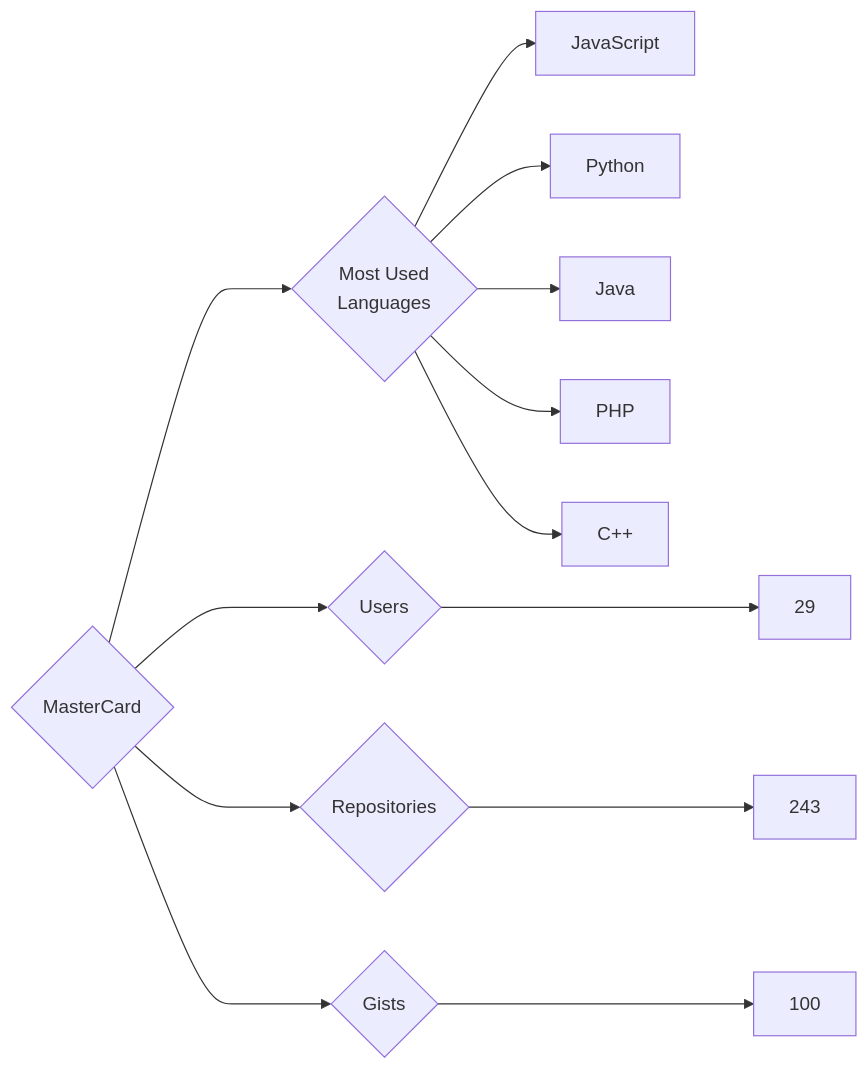
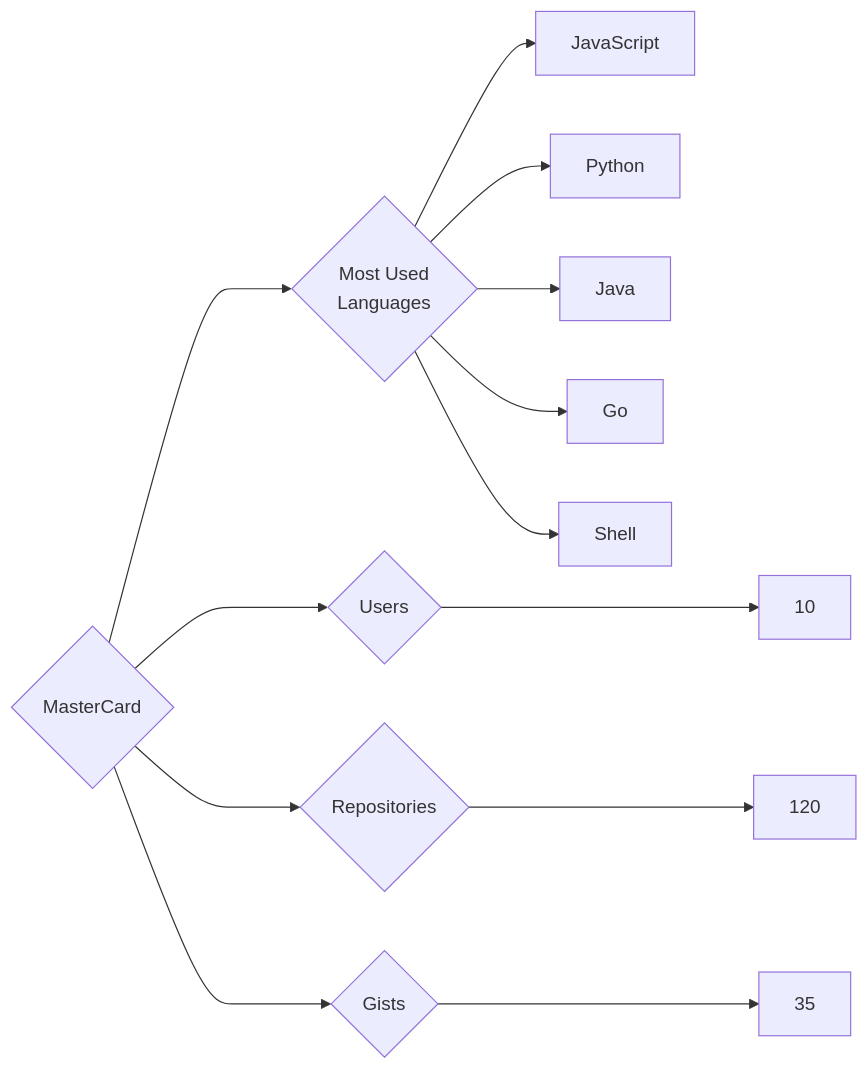
Before and after one commit to trickest/insiders: the diagram in targets/MasterCard/README.md, drawn with Mermaid. The commit also changed 972 other files, not shown here.

````diff
--- a/targets/MasterCard/README.md
+++ b/targets/MasterCard/README.md
@@ -3,13 +3,13 @@
 ```mermaid
 graph LR
 COMPANY_NAME{MasterCard}
-COMPANY_NAME ---> U{Users} ---> UN[29]
-COMPANY_NAME ---> R{Repositories} ---> RN[243]
-COMPANY_NAME ---> G{Gists} ---> GN[100]
+COMPANY_NAME ---> U{Users} ---> UN[10]
+COMPANY_NAME ---> R{Repositories} ---> RN[120]
+COMPANY_NAME ---> G{Gists} ---> GN[35]
 COMPANY_NAME ---> ML{Most Used<br>Languages}
 ML --> JavaScript[JavaScript]
 ML --> Python[Python]
 ML --> Java[Java]
-ML --> PHP[PHP]
-ML --> C++[C++]
+ML --> Go[Go]
+ML --> Shell[Shell]
 ```
````
